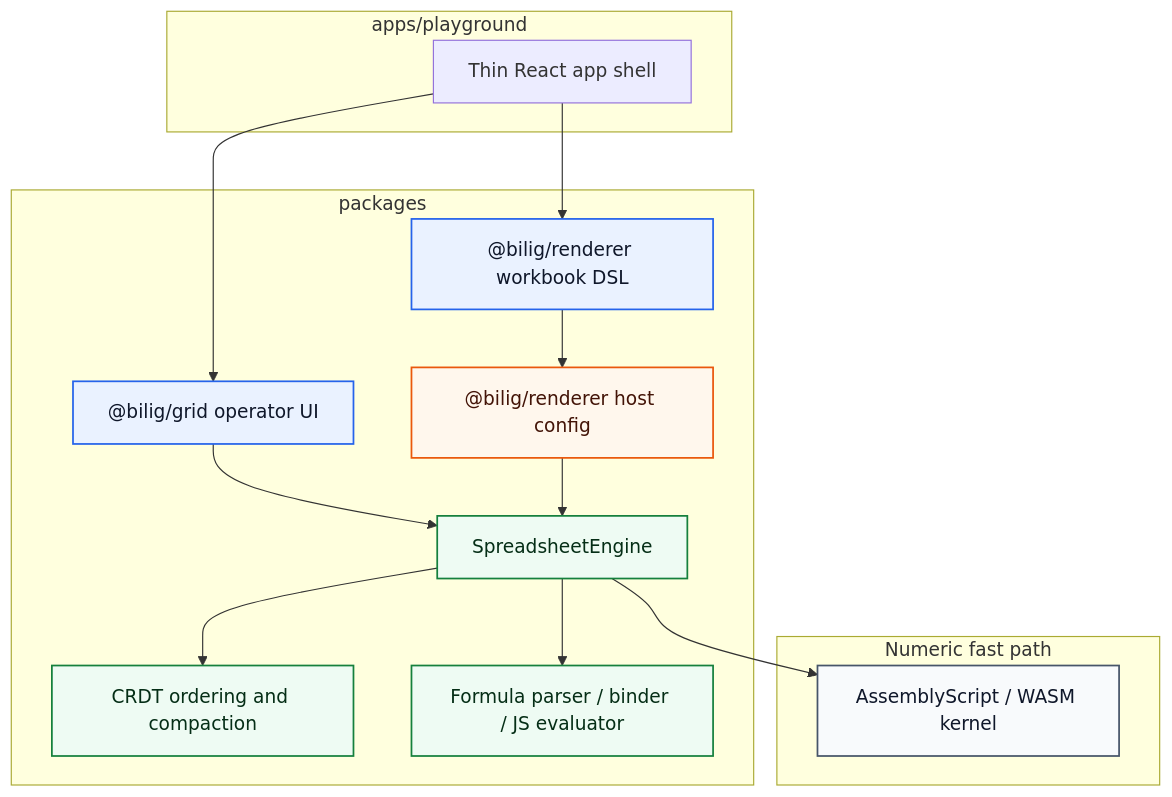
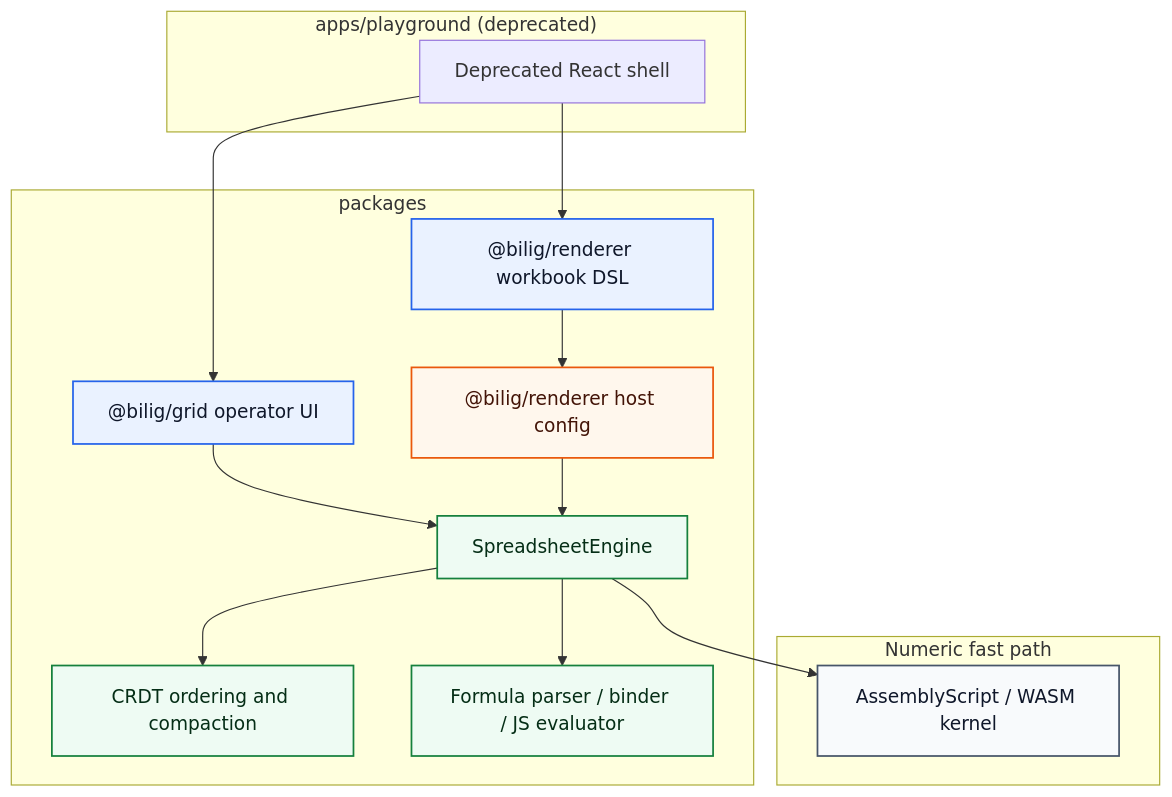
The first of 2 diagrams in docs/reconciler-layering.md (proompteng/bilig), drawn with Mermaid before and after one commit. The commit also changed other lines of this file and 66 other files, not shown here.

````diff
--- a/docs/reconciler-layering.md
+++ b/docs/reconciler-layering.md
@@ -5,38 +5,38 @@
 ```mermaid
 flowchart TB
   classDef react fill:#eaf2ff,stroke:#2563eb,color:#0f172a,stroke-width:1.5px
   classDef adapter fill:#fff7ed,stroke:#ea580c,color:#431407,stroke-width:1.5px
   classDef core fill:#eefbf3,stroke:#15803d,color:#052e16,stroke-width:1.5px
   classDef wasm fill:#f8fafc,stroke:#475569,color:#0f172a,stroke-width:1.5px
 
-  subgraph PG["apps/playground"]
-    APP["Thin React app shell"]
+  subgraph PG["apps/playground (deprecated)"]
+    APP["Deprecated React shell"]
   end
 
   subgraph PKG["packages"]
     JSX["@bilig/renderer workbook DSL"]
     REC["@bilig/renderer host config"]
     UI["@bilig/grid operator UI"]
     ENG["SpreadsheetEngine"]
     CRDT["CRDT ordering and compaction"]
     FORM["Formula parser / binder / JS evaluator"]
   end
 
   subgraph FAST["Numeric fast path"]
     WASM["AssemblyScript / WASM kernel"]
   end
 
   APP --> JSX
   APP --> UI
   JSX --> REC
   UI --> ENG
   REC --> ENG
   ENG --> CRDT
   ENG --> FORM
   ENG --> WASM
 
   class JSX,UI react
   class REC adapter
   class ENG,CRDT,FORM core
   class WASM wasm
 ```
````
